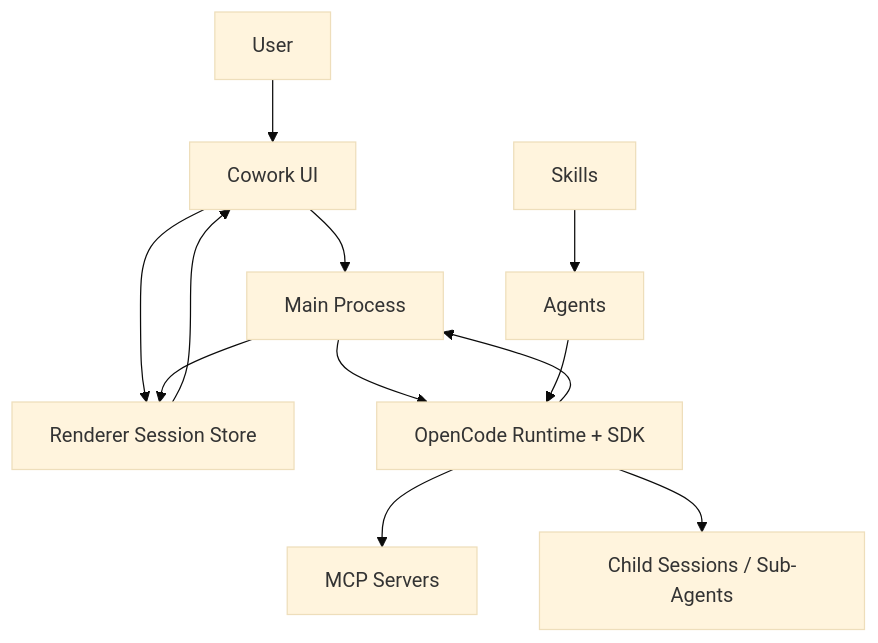
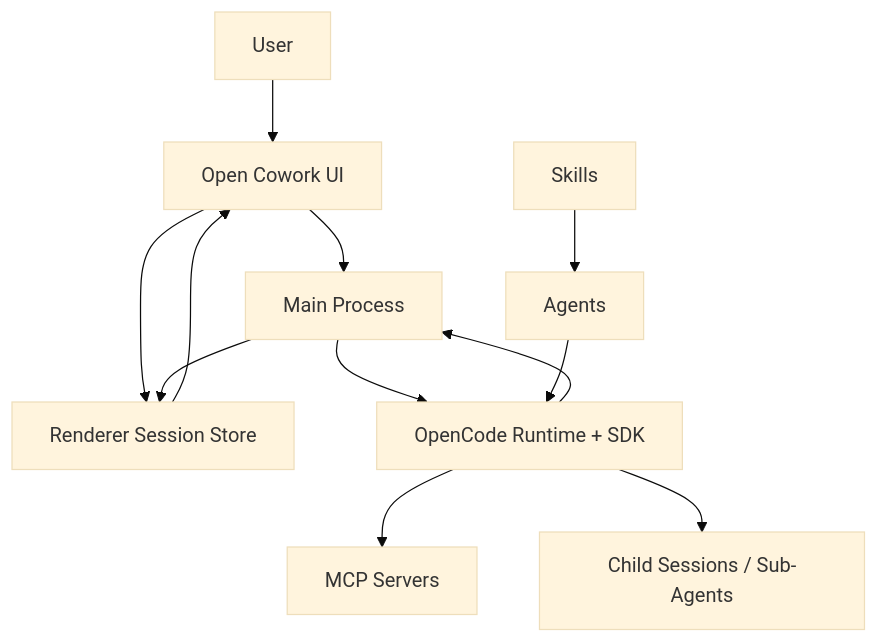
Before and after one commit to joe-broadhead/open-cowork: the diagram in docs/architecture.md, drawn with Mermaid (base theme). The commit also changed other lines of this file and 94 other files, not shown here.

````diff
--- a/docs/architecture.md
+++ b/docs/architecture.md
@@ -112,24 +75,24 @@
 ```mermaid
 flowchart TD
   User[User]
-  UI[Cowork UI]
+  UI[Open Cowork UI]
   Store[Renderer Session Store]
   Main[Main Process]
   OC[OpenCode Runtime + SDK]
   MCP[MCP Servers]
   Skills[Skills]
   Agents[Agents]
   Team[Child Sessions / Sub-Agents]
 
   User --> UI
   UI --> Store
   UI --> Main
   Main --> OC
   OC --> MCP
   Skills --> Agents
   Agents --> OC
   OC --> Team
   OC --> Main
   Main --> Store
   Store --> UI
 ```
````
